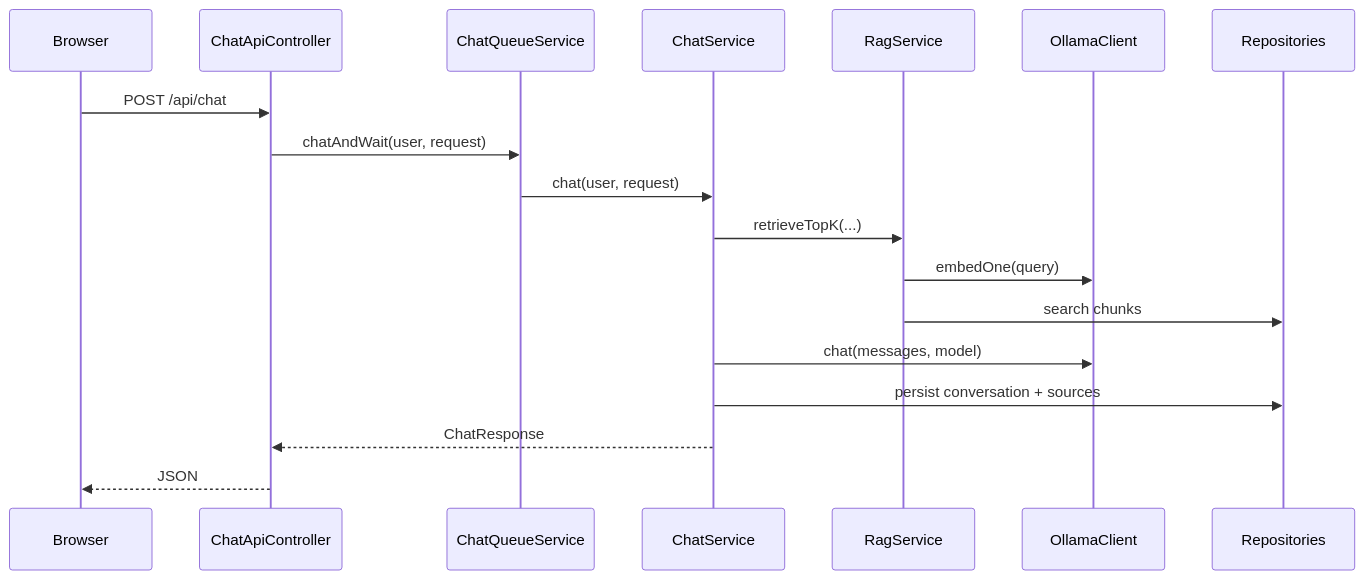
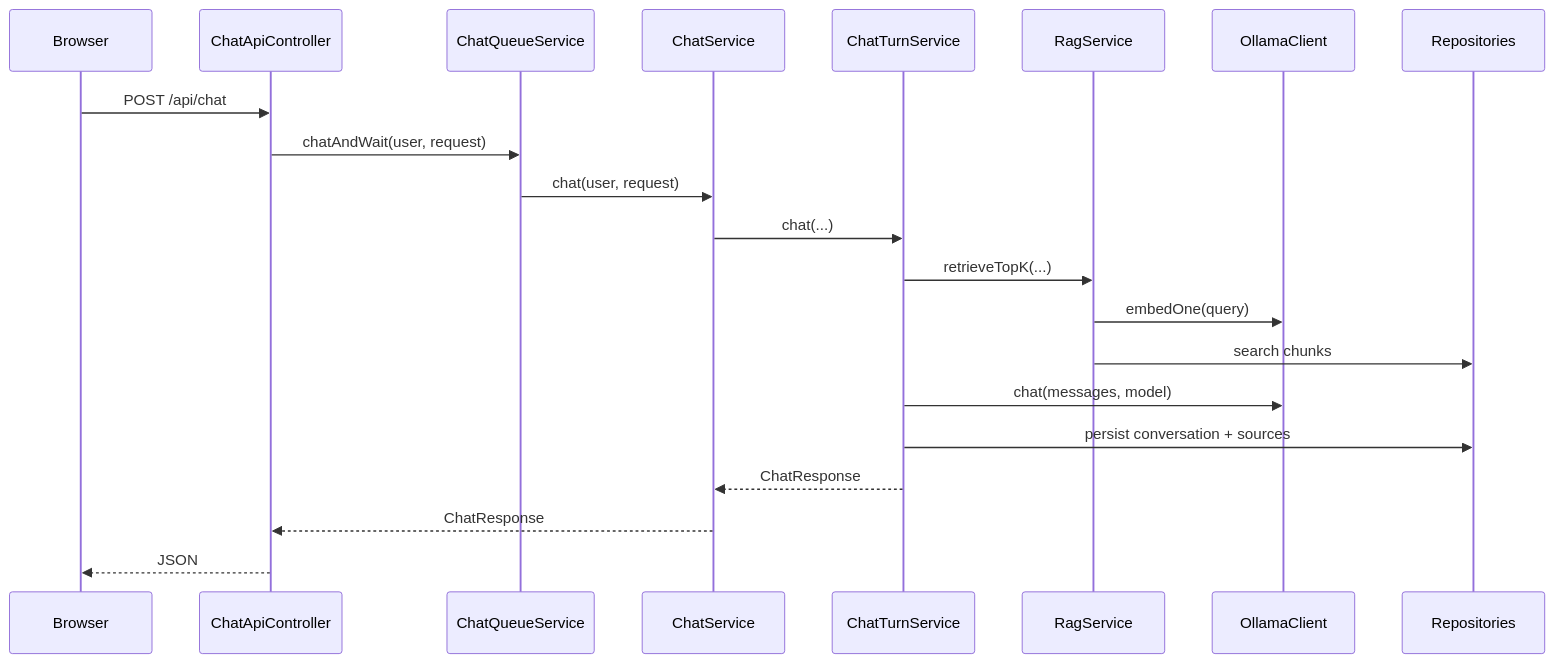
The third of 6 diagrams in docs/architecture.md (FlEtsv/apiasistente), drawn with Mermaid before and after one commit. The commit also changed other lines of this file and 61 other files, not shown here.

````diff
--- a/docs/architecture.md
+++ b/docs/architecture.md
@@ -76,21 +111,24 @@
 ```mermaid
 sequenceDiagram
     participant Browser
     participant ChatApiController
     participant ChatQueueService
     participant ChatService
+    participant ChatTurnService
     participant RagService
     participant OllamaClient
     participant Repositories
 
     Browser->>ChatApiController: POST /api/chat
     ChatApiController->>ChatQueueService: chatAndWait(user, request)
     ChatQueueService->>ChatService: chat(user, request)
-    ChatService->>RagService: retrieveTopK(...)
+    ChatService->>ChatTurnService: chat(...)
+    ChatTurnService->>RagService: retrieveTopK(...)
     RagService->>OllamaClient: embedOne(query)
     RagService->>Repositories: search chunks
-    ChatService->>OllamaClient: chat(messages, model)
-    ChatService->>Repositories: persist conversation + sources
+    ChatTurnService->>OllamaClient: chat(messages, model)
+    ChatTurnService->>Repositories: persist conversation + sources
+    ChatTurnService-->>ChatService: ChatResponse
     ChatService-->>ChatApiController: ChatResponse
     ChatApiController-->>Browser: JSON
 ```
````
